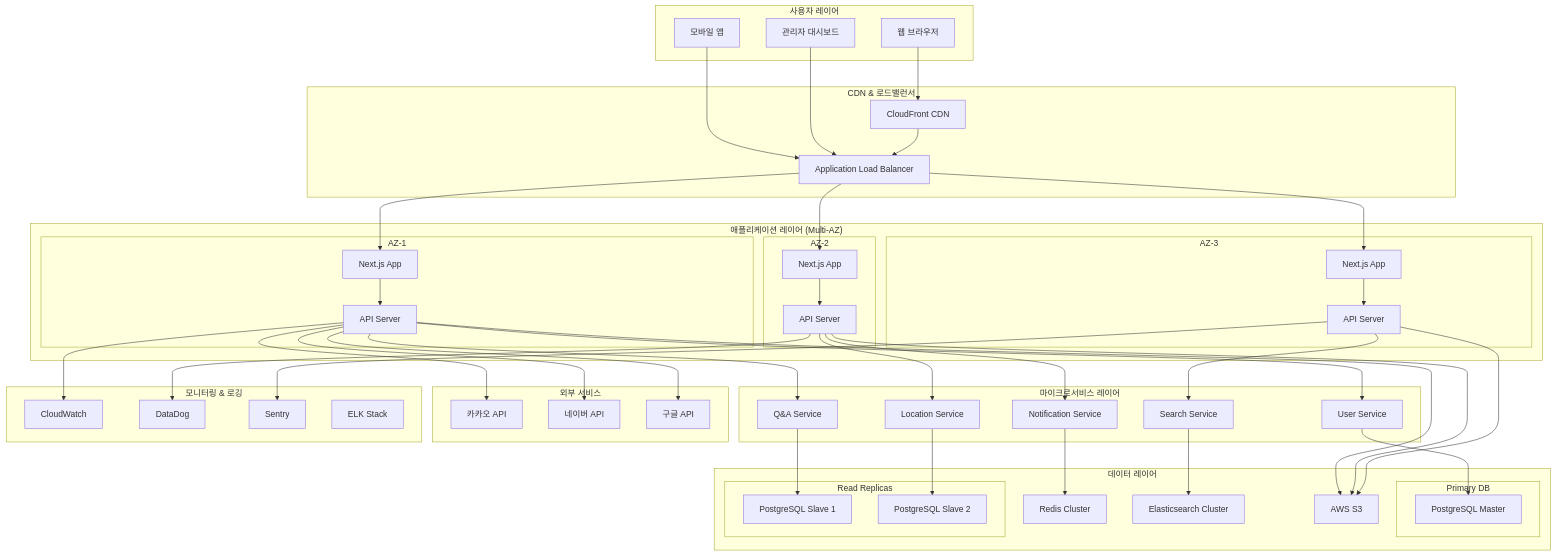
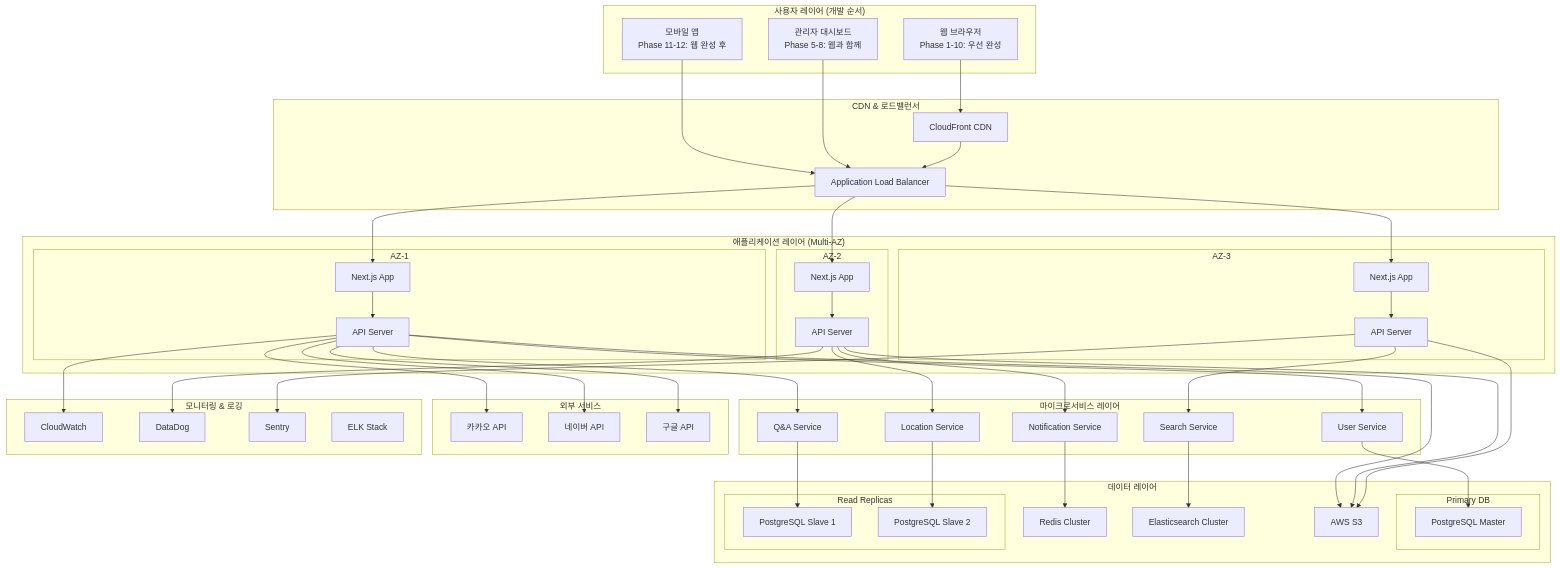
Before and after one commit to ip9202/jeju-tourlist: the third of 3 diagrams in docs/07-동네물어봐-종합-기술-아키텍처-설계서.md, drawn with Mermaid. The commit also changed other lines of this file and 3 other files, not shown here.

````diff
--- a/docs/07-동네물어봐-종합-기술-아키텍처-설계서.md
+++ b/docs/07-동네물어봐-종합-기술-아키텍처-설계서.md
@@ -158,9 +180,9 @@
 ```mermaid
 graph TB
-    subgraph "사용자 레이어"
-        WEB[웹 브라우저]
-        MOBILE[모바일 앱]
-        ADMIN[관리자 대시보드]
+    subgraph "사용자 레이어 (개발 순서)"
+        WEB[웹 브라우저<br/>Phase 1-10: 우선 완성]
+        MOBILE[모바일 앱<br/>Phase 11-12: 웹 완성 후]
+        ADMIN[관리자 대시보드<br/>Phase 5-8: 웹과 함께]
     end
 
     subgraph "CDN & 로드밸런서"
````
